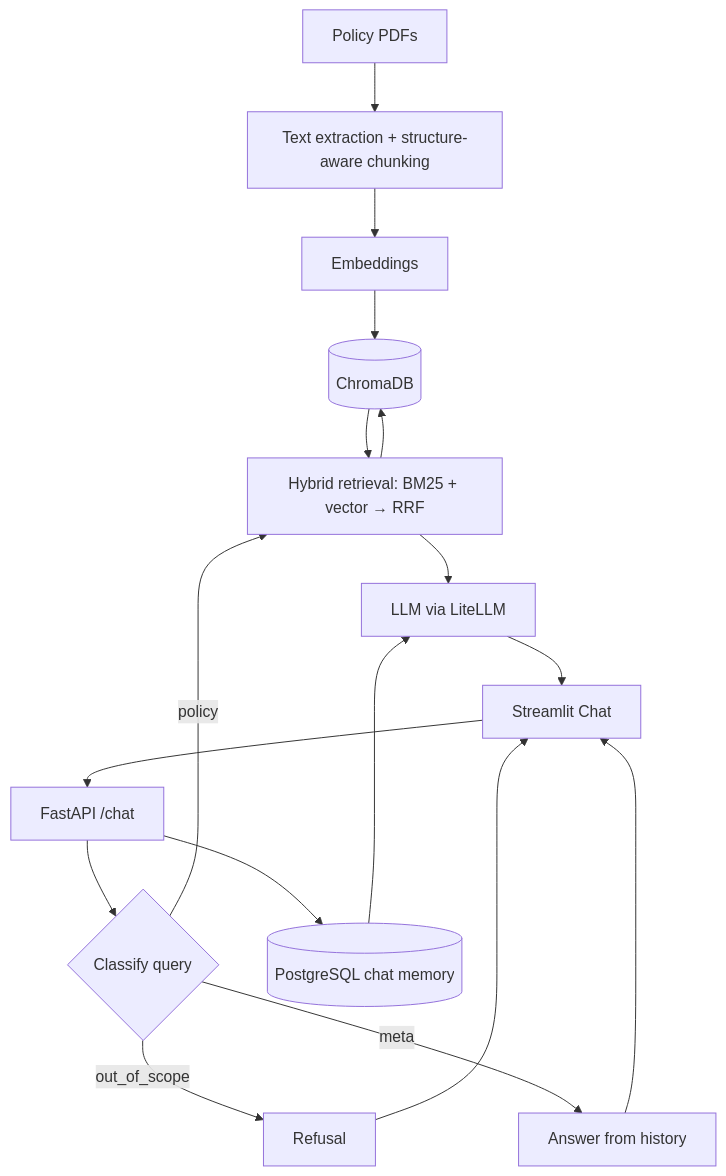
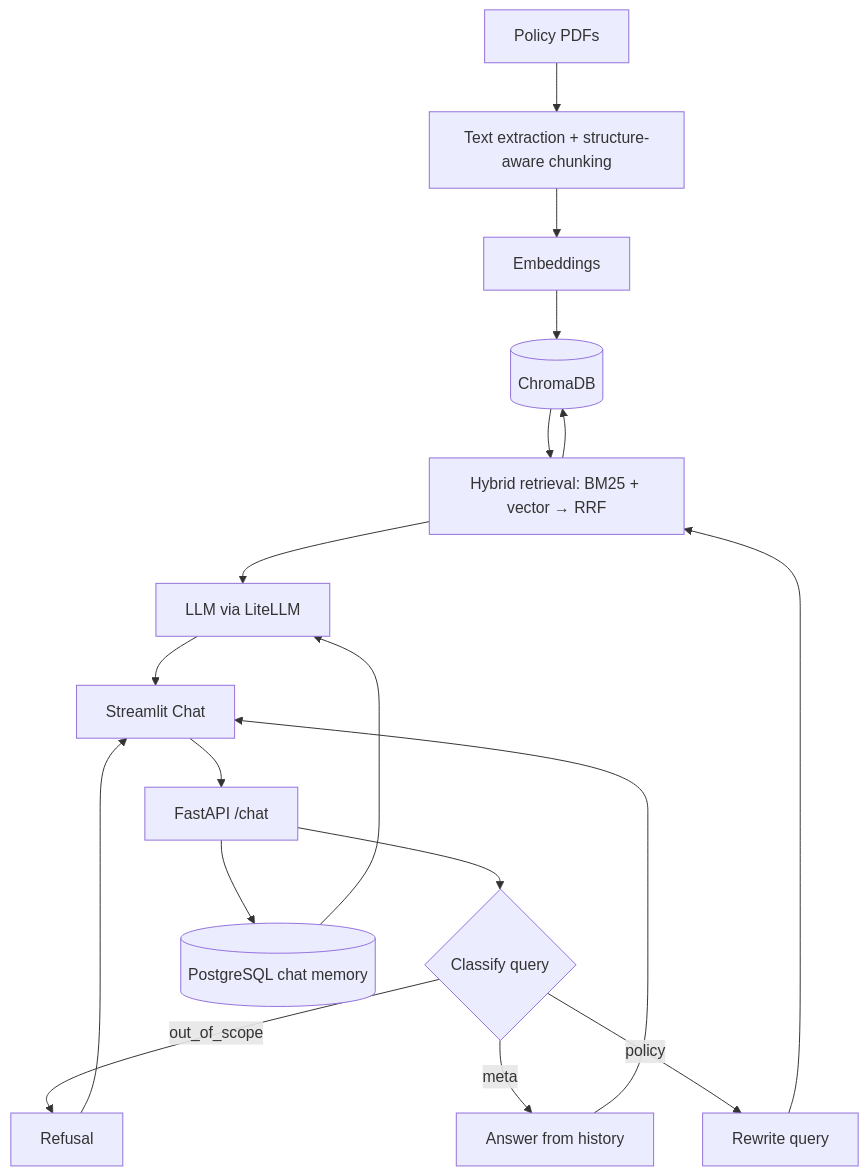
The diagram in README.md (HardityaGhuman/aria), drawn with Mermaid before and after one commit. The commit also changed other lines of this file and 19 other files, not shown here.

````diff
--- a/README.md
+++ b/README.md
@@ -62,20 +63,20 @@
 ```mermaid
 flowchart TD
     A[Policy PDFs] --> B[Text extraction + structure-aware chunking]
     B --> C[Embeddings]
     C --> D[(ChromaDB)]
 
     E[Streamlit Chat] --> F[FastAPI /chat]
     F --> R{Classify query}
     R -->|out_of_scope| X[Refusal]
     R -->|meta| M[Answer from history]
-    R -->|policy| H[Hybrid retrieval: BM25 + vector → RRF]
+    R -->|policy| Q[Rewrite query] --> H[Hybrid retrieval: BM25 + vector → RRF]
     H --> D
     D --> H
     F --> P[(PostgreSQL chat memory)]
     H --> L[LLM via LiteLLM]
     P --> L
     L --> E
     M --> E
     X --> E
 ```
````
